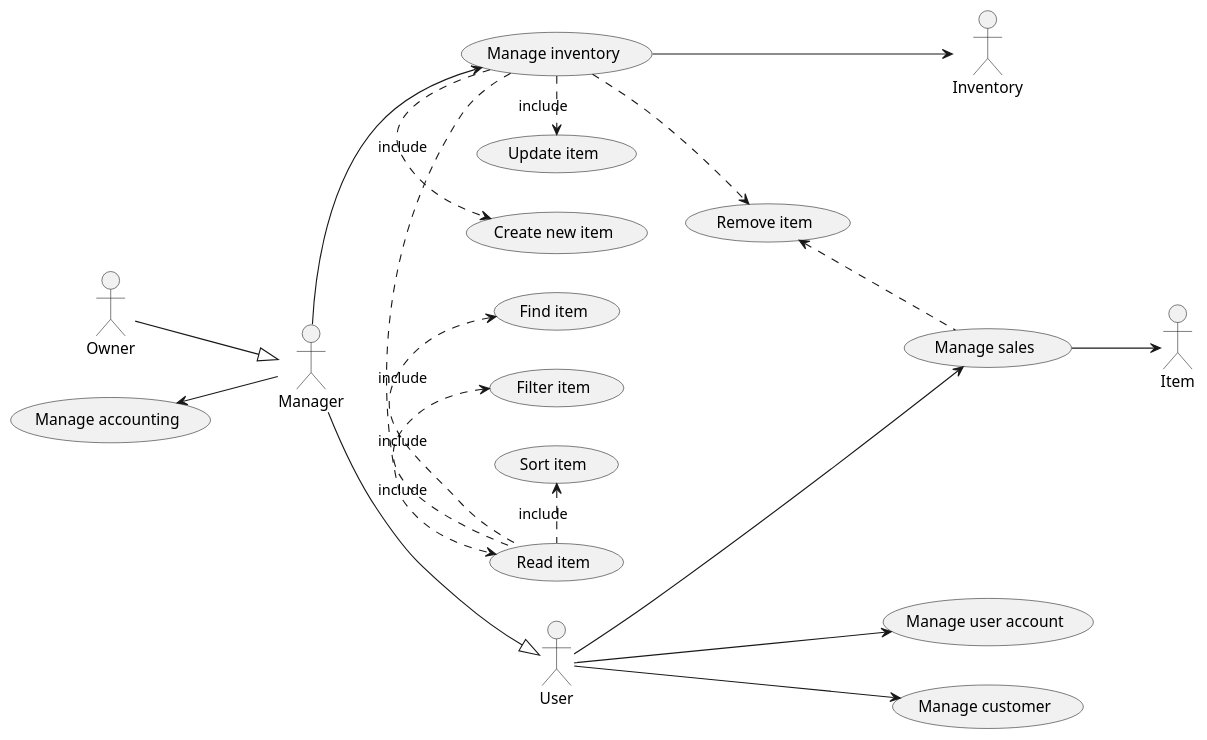
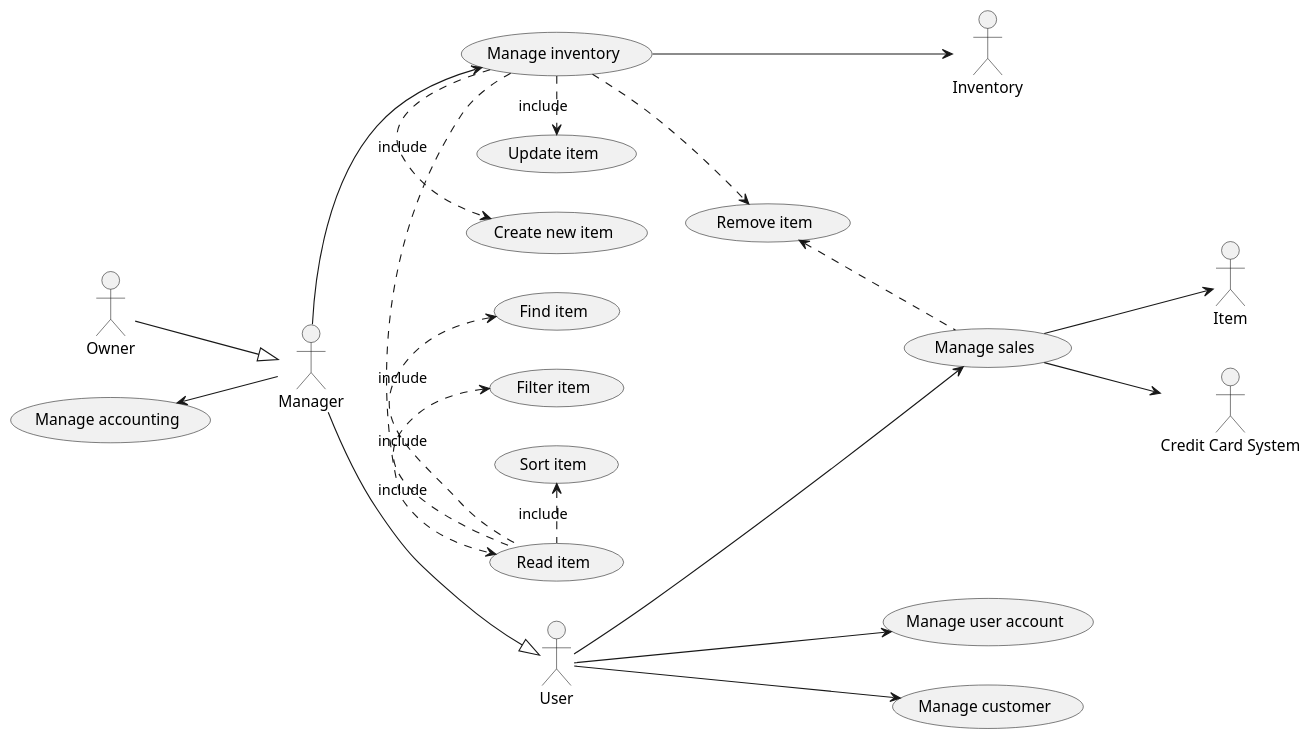
Before and after one commit to mspronesti/ezshop: the second of 5 diagrams in Deliverables/RequirementsDocument.md, drawn with PlantUML. The commit also changed other lines of this file, not shown here.

Commit message:
docs: add missing actor in UCD

````diff
--- a/Deliverables/RequirementsDocument.md
+++ b/Deliverables/RequirementsDocument.md
@@ -180,41 +180,42 @@
 ```plantuml
 @startuml
 left to right direction
 
 actor :Item: as it
 actor :User: as u
 actor :Inventory: as i
 actor :Manager: as m
 actor :Owner: as o
-
+actor :Credit Card System: as ccs
 
 o --|> m
 m --|> u
 
 u --> (Manage sales)
 
 
 u --> (Manage user account)
 
 u --> (Manage customer)
 
 m --> (Manage inventory)
 
+(Manage sales) --> ccs
 
 (Manage inventory) .> (Create new item) :include 
 (Manage inventory) .> (Update item) :include 
 (Manage inventory) .> (Read item) :include 
 (Manage inventory) .> (Remove item) :include
 (Remove item) <. (Manage sales) :include
 
 
 (Find item)  <. (Read item):include
 (Filter item) <. (Read item):include 
 (Sort item)  <. (Read item):include
 
 (Manage inventory) --> i
 
 (Manage sales) --> it
 (Manage accounting) <-- m
 @enduml
 ```
````
